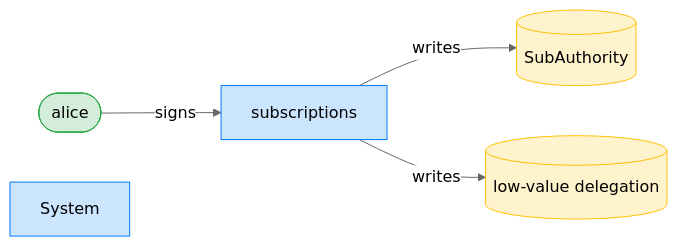
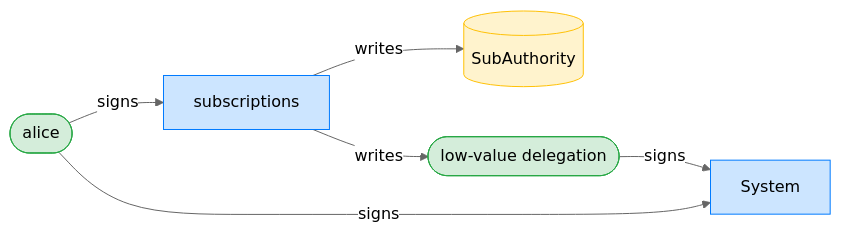
Before and after one commit to cds-rs/subscriptions: diagram 11 of 12 in dsl_tests/fixed-delegation-rejects-a-different-mint-transfer.md, drawn with Mermaid (neutral theme). The commit also changed other lines of this file and 224 other files, not shown here.

````diff
--- a/dsl_tests/fixed-delegation-rejects-a-different-mint-transfer.md
+++ b/dsl_tests/fixed-delegation-rejects-a-different-mint-transfer.md
@@ -211,14 +222,16 @@
 ```mermaid
 flowchart LR
     classDef signer fill:#d4edda,stroke:#28a745;
     classDef program fill:#cce5ff,stroke:#007bff;
     classDef writable fill:#fff3cd,stroke:#ffc107;
     subscriptions[subscriptions]:::program
     alice([alice]):::signer
     SubAuthority[(SubAuthority)]:::writable
-    low_value_delegation[("low-value delegation")]:::writable
+    low_value_delegation(["low-value delegation"]):::signer
     System[System]:::program
     alice -->|signs| subscriptions
+    alice -->|signs| System
+    low_value_delegation -->|signs| System
     subscriptions -->|writes| SubAuthority
     subscriptions -->|writes| low_value_delegation
 ```
````
